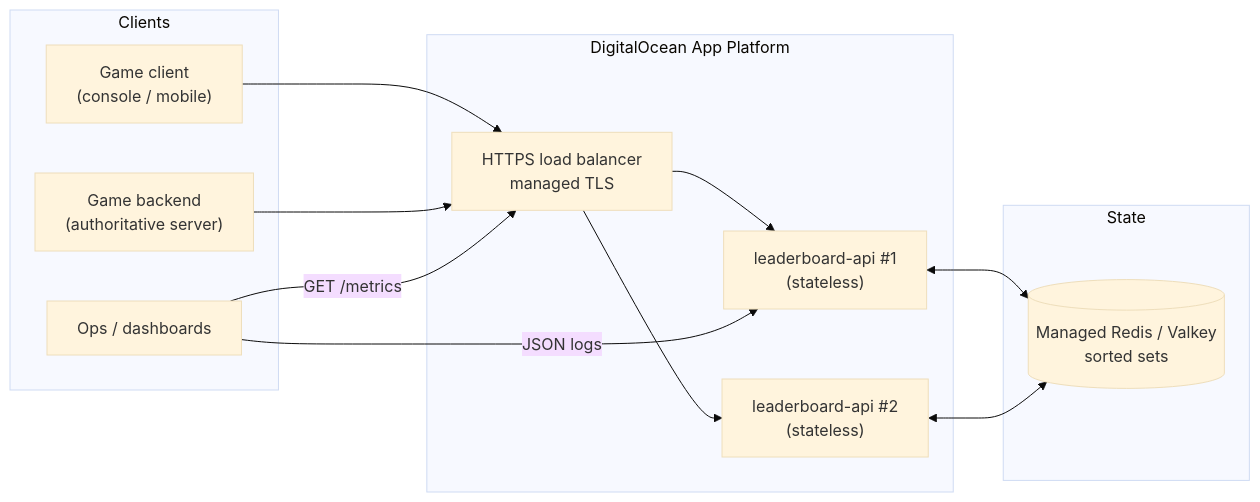
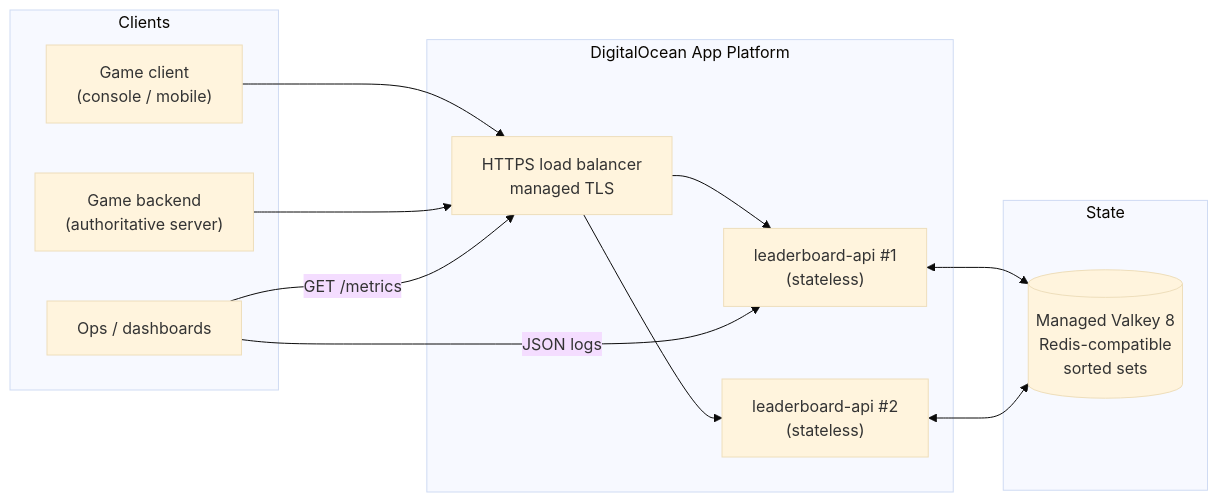
The first of 6 diagrams in docs/architecture.md (evasy/gaming-leaderboard-api), drawn with Mermaid (base theme) before and after one commit. The commit also changed other lines of this file, not shown here.

First line of the commit message:
Name the datastore consistently in the architecture diagrams

````diff
--- a/docs/architecture.md
+++ b/docs/architecture.md
@@ -5,27 +13,27 @@
 ```mermaid
 flowchart LR
     subgraph clients["Clients"]
         game["Game client<br/>(console / mobile)"]
         backend["Game backend<br/>(authoritative server)"]
         ops["Ops / dashboards"]
     end
 
     subgraph edge["DigitalOcean App Platform"]
         lb["HTTPS load balancer<br/>managed TLS"]
         api1["leaderboard-api #1<br/>(stateless)"]
         api2["leaderboard-api #2<br/>(stateless)"]
     end
 
     subgraph data["State"]
-        redis[("Managed Redis / Valkey<br/>sorted sets")]
+        redis[("Managed Valkey 8<br/>Redis-compatible<br/>sorted sets")]
     end
 
     game  --> lb
     backend --> lb
     lb --> api1
     lb --> api2
     api1 <--> redis
     api2 <--> redis
     ops -- "GET /metrics" --> lb
     ops -- "JSON logs" --> api1
 ```
````
